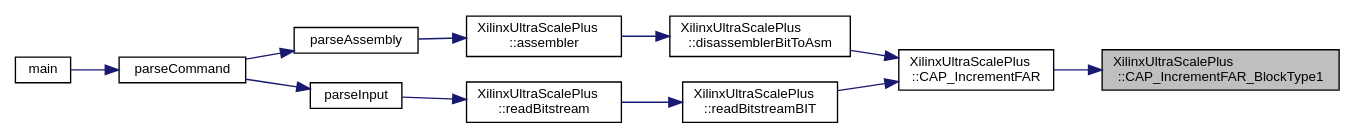
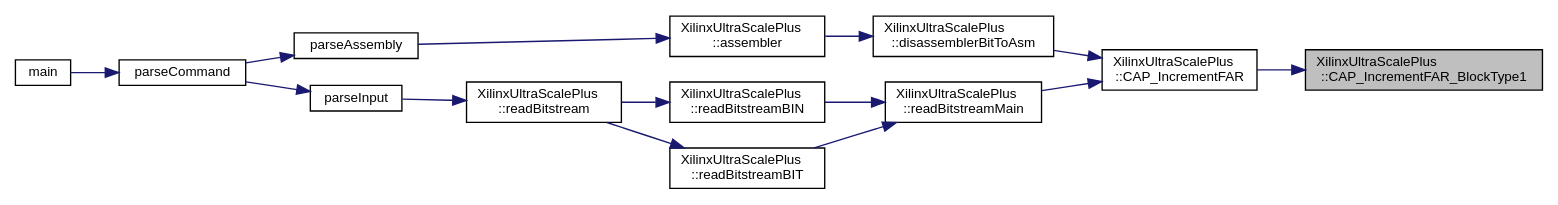
Before and after one commit to FPGA-Research-Manchester/byteman: the diagram in classXilinxUltraScalePlus_a9c7ddb498582b0874932cff2c0818232_icgraph.dot, drawn with Graphviz. The commit also changed 366 other files, not shown here.

```diff
--- a/classXilinxUltraScalePlus_a9c7ddb498582b0874932cff2c0818232_icgraph.dot
+++ b/classXilinxUltraScalePlus_a9c7ddb498582b0874932cff2c0818232_icgraph.dot
@@ -1,28 +1,33 @@
 digraph "XilinxUltraScalePlus::CAP_IncrementFAR_BlockType1"
 {
  // INTERACTIVE_SVG=YES
  // LATEX_PDF_SIZE
   edge [fontname="Helvetica",fontsize="10",labelfontname="Helvetica",labelfontsize="10"];
   node [fontname="Helvetica",fontsize="10",shape=record];
   rankdir="RL";
   Node1 [label="XilinxUltraScalePlus\l::CAP_IncrementFAR_BlockType1",height=0.2,width=0.4,color="black", fillcolor="grey75", style="filled", fontcolor="black",tooltip=" "];
   Node1 -> Node2 [dir="back",color="midnightblue",fontsize="10",style="solid",fontname="Helvetica"];
   Node2 [label="XilinxUltraScalePlus\l::CAP_IncrementFAR",height=0.2,width=0.4,color="black", fillcolor="white", style="filled",URL="$classXilinxUltraScalePlus.html#a084dd3b18ad2c85fdd66187628a51243",tooltip=" "];
   Node2 -> Node3 [dir="back",color="midnightblue",fontsize="10",style="solid",fontname="Helvetica"];
   Node3 [label="XilinxUltraScalePlus\l::disassemblerBitToAsm",height=0.2,width=0.4,color="black", fillcolor="white", style="filled",URL="$classXilinxUltraScalePlus.html#a54f9af4b6723a99c0b9e8e9c9b424d00",tooltip=" "];
   Node3 -> Node4 [dir="back",color="midnightblue",fontsize="10",style="solid",fontname="Helvetica"];
   Node4 [label="XilinxUltraScalePlus\l::assembler",height=0.2,width=0.4,color="black", fillcolor="white", style="filled",URL="$classXilinxUltraScalePlus.html#a53e5f6ec962f1f2a961f90b8b9e90e10",tooltip=" "];
   Node4 -> Node5 [dir="back",color="midnightblue",fontsize="10",style="solid",fontname="Helvetica"];
   Node5 [label="parseAssembly",height=0.2,width=0.4,color="black", fillcolor="white", style="filled",URL="$byteman_8cpp.html#abdebe35e6ba3749eaa14350ca0942419",tooltip=" "];
   Node5 -> Node6 [dir="back",color="midnightblue",fontsize="10",style="solid",fontname="Helvetica"];
   Node6 [label="parseCommand",height=0.2,width=0.4,color="black", fillcolor="white", style="filled",URL="$byteman_8cpp.html#a913ad3944130fafece24fe460db9b6aa",tooltip=" "];
   Node6 -> Node7 [dir="back",color="midnightblue",fontsize="10",style="solid",fontname="Helvetica"];
   Node7 [label="main",height=0.2,width=0.4,color="black", fillcolor="white", style="filled",URL="$byteman_8cpp.html#a0ddf1224851353fc92bfbff6f499fa97",tooltip=" "];
   Node2 -> Node8 [dir="back",color="midnightblue",fontsize="10",style="solid",fontname="Helvetica"];
-  Node8 [label="XilinxUltraScalePlus\l::readBitstreamBIT",height=0.2,width=0.4,color="black", fillcolor="white", style="filled",URL="$classXilinxUltraScalePlus.html#a62dea738808396d7d520f26d8e5594d2",tooltip=" "];
+  Node8 [label="XilinxUltraScalePlus\l::readBitstreamMain",height=0.2,width=0.4,color="black", fillcolor="white", style="filled",URL="$classXilinxUltraScalePlus.html#ade1b1830c328d64beb957417ecc445b3",tooltip=" "];
   Node8 -> Node9 [dir="back",color="midnightblue",fontsize="10",style="solid",fontname="Helvetica"];
-  Node9 [label="XilinxUltraScalePlus\l::readBitstream",height=0.2,width=0.4,color="black", fillcolor="white", style="filled",URL="$classXilinxUltraScalePlus.html#a0e5d08a2e5c37a29a1a04d50b48739d2",tooltip=" "];
+  Node9 [label="XilinxUltraScalePlus\l::readBitstreamBIN",height=0.2,width=0.4,color="black", fillcolor="white", style="filled",URL="$classXilinxUltraScalePlus.html#ae197b2b5b423cd1be99409c70f51bc37",tooltip=" "];
   Node9 -> Node10 [dir="back",color="midnightblue",fontsize="10",style="solid",fontname="Helvetica"];
-  Node10 [label="parseInput",height=0.2,width=0.4,color="black", fillcolor="white", style="filled",URL="$byteman_8cpp.html#a4dbd88e4909b2f0429f9d0b2fc2608bb",tooltip=" "];
-  Node10 -> Node6 [dir="back",color="midnightblue",fontsize="10",style="solid",fontname="Helvetica"];
+  Node10 [label="XilinxUltraScalePlus\l::readBitstream",height=0.2,width=0.4,color="black", fillcolor="white", style="filled",URL="$classXilinxUltraScalePlus.html#a0e5d08a2e5c37a29a1a04d50b48739d2",tooltip=" "];
+  Node10 -> Node11 [dir="back",color="midnightblue",fontsize="10",style="solid",fontname="Helvetica"];
+  Node11 [label="parseInput",height=0.2,width=0.4,color="black", fillcolor="white", style="filled",URL="$byteman_8cpp.html#a4dbd88e4909b2f0429f9d0b2fc2608bb",tooltip=" "];
+  Node11 -> Node6 [dir="back",color="midnightblue",fontsize="10",style="solid",fontname="Helvetica"];
+  Node8 -> Node12 [dir="back",color="midnightblue",fontsize="10",style="solid",fontname="Helvetica"];
+  Node12 [label="XilinxUltraScalePlus\l::readBitstreamBIT",height=0.2,width=0.4,color="black", fillcolor="white", style="filled",URL="$classXilinxUltraScalePlus.html#a62dea738808396d7d520f26d8e5594d2",tooltip=" "];
+  Node12 -> Node10 [dir="back",color="midnightblue",fontsize="10",style="solid",fontname="Helvetica"];
 }
```
